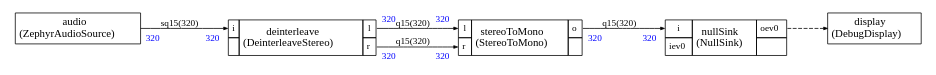
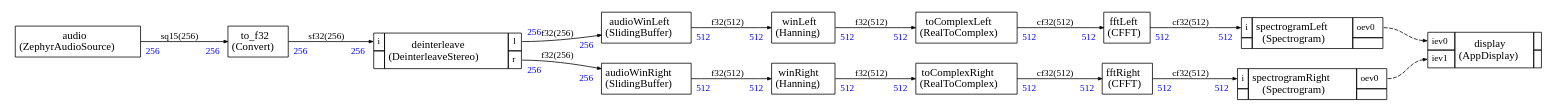
The diagram in src/stream/scheduler/graph.dot (christophe0606/ZephyrAI), drawn with Graphviz before and after one commit. The commit also changed 12 other files, not shown here.

Commit message:
Debug graph with spectrogram display to validate audio input

```diff
--- a/src/stream/scheduler/graph.dot
+++ b/src/stream/scheduler/graph.dot
@@ -18,6 +18,20 @@
   </TR>
 </TABLE>>];
 
+audioWinLeft [label=<
+<TABLE color="black" bgcolor="none" BORDER="0" CELLBORDER="1" CELLSPACING="0" CELLPADDING="4">
+  <TR>
+    <TD ALIGN="CENTER" PORT="i"><FONT COLOR="black" POINT-SIZE="14.0">audioWinLeft<BR/>(SlidingBuffer)</FONT></TD>
+  </TR>
+</TABLE>>];
+
+audioWinRight [label=<
+<TABLE color="black" bgcolor="none" BORDER="0" CELLBORDER="1" CELLSPACING="0" CELLPADDING="4">
+  <TR>
+    <TD ALIGN="CENTER" PORT="i"><FONT COLOR="black" POINT-SIZE="14.0">audioWinRight<BR/>(SlidingBuffer)</FONT></TD>
+  </TR>
+</TABLE>>];
+
 
 deinterleave [label=<
 <TABLE color="black" bgcolor="none" BORDER="0" CELLBORDER="1" CELLSPACING="0" CELLPADDING="4">
@@ -34,16 +48,97 @@
 
 </TABLE>>];
 
+fftLeft [label=<
+<TABLE color="black" bgcolor="none" BORDER="0" CELLBORDER="1" CELLSPACING="0" CELLPADDING="4">
+  <TR>
+    <TD ALIGN="CENTER" PORT="i"><FONT COLOR="black" POINT-SIZE="14.0">fftLeft<BR/>(CFFT)</FONT></TD>
+  </TR>
+</TABLE>>];
 
-nullSink [label=<
+fftRight [label=<
+<TABLE color="black" bgcolor="none" BORDER="0" CELLBORDER="1" CELLSPACING="0" CELLPADDING="4">
+  <TR>
+    <TD ALIGN="CENTER" PORT="i"><FONT COLOR="black" POINT-SIZE="14.0">fftRight<BR/>(CFFT)</FONT></TD>
+  </TR>
+</TABLE>>];
+
+
+spectrogramLeft [label=<
 <TABLE color="black" bgcolor="none" BORDER="0" CELLBORDER="1" CELLSPACING="0" CELLPADDING="4">
   <TR>
     <TD PORT="i"><FONT POINT-SIZE="12.0" COLOR="black">i</FONT></TD>
-    <TD ALIGN="CENTER" ROWSPAN="2"><FONT COLOR="black" POINT-SIZE="14.0">nullSink<BR/>(NullSink)</FONT></TD>
+    <TD ALIGN="CENTER" ROWSPAN="2"><FONT COLOR="black" POINT-SIZE="14.0">spectrogramLeft<BR/>(Spectrogram)</FONT></TD>
     <TD PORT="oev0"><FONT POINT-SIZE="12.0" COLOR="black">oev0</FONT></TD>
   </TR>
 <TR>
-<TD PORT="iev0"><FONT POINT-SIZE="12.0" COLOR="black">iev0</FONT></TD>
+ 
+<TD></TD>
+ 
+<TD></TD></TR>
+
+</TABLE>>];
+
+
+spectrogramRight [label=<
+<TABLE color="black" bgcolor="none" BORDER="0" CELLBORDER="1" CELLSPACING="0" CELLPADDING="4">
+  <TR>
+    <TD PORT="i"><FONT POINT-SIZE="12.0" COLOR="black">i</FONT></TD>
+    <TD ALIGN="CENTER" ROWSPAN="2"><FONT COLOR="black" POINT-SIZE="14.0">spectrogramRight<BR/>(Spectrogram)</FONT></TD>
+    <TD PORT="oev0"><FONT POINT-SIZE="12.0" COLOR="black">oev0</FONT></TD>
+  </TR>
+<TR>
+ 
+<TD></TD>
+ 
+<TD></TD></TR>
+
+</TABLE>>];
+
+toComplexLeft [label=<
+<TABLE color="black" bgcolor="none" BORDER="0" CELLBORDER="1" CELLSPACING="0" CELLPADDING="4">
+  <TR>
+    <TD ALIGN="CENTER" PORT="i"><FONT COLOR="black" POINT-SIZE="14.0">toComplexLeft<BR/>(RealToComplex)</FONT></TD>
+  </TR>
+</TABLE>>];
+
+toComplexRight [label=<
+<TABLE color="black" bgcolor="none" BORDER="0" CELLBORDER="1" CELLSPACING="0" CELLPADDING="4">
+  <TR>
+    <TD ALIGN="CENTER" PORT="i"><FONT COLOR="black" POINT-SIZE="14.0">toComplexRight<BR/>(RealToComplex)</FONT></TD>
+  </TR>
+</TABLE>>];
+
+to_f32 [label=<
+<TABLE color="black" bgcolor="none" BORDER="0" CELLBORDER="1" CELLSPACING="0" CELLPADDING="4">
+  <TR>
+    <TD ALIGN="CENTER" PORT="i"><FONT COLOR="black" POINT-SIZE="14.0">to_f32<BR/>(Convert)</FONT></TD>
+  </TR>
+</TABLE>>];
+
+winLeft [label=<
+<TABLE color="black" bgcolor="none" BORDER="0" CELLBORDER="1" CELLSPACING="0" CELLPADDING="4">
+  <TR>
+    <TD ALIGN="CENTER" PORT="i"><FONT COLOR="black" POINT-SIZE="14.0">winLeft<BR/>(Hanning)</FONT></TD>
+  </TR>
+</TABLE>>];
+
+winRight [label=<
+<TABLE color="black" bgcolor="none" BORDER="0" CELLBORDER="1" CELLSPACING="0" CELLPADDING="4">
+  <TR>
+    <TD ALIGN="CENTER" PORT="i"><FONT COLOR="black" POINT-SIZE="14.0">winRight<BR/>(Hanning)</FONT></TD>
+  </TR>
+</TABLE>>];
+
+
+display [label=<
+<TABLE color="black" bgcolor="none" BORDER="0" CELLBORDER="1" CELLSPACING="0" CELLPADDING="4">
+  <TR>
+    <TD PORT="iev0"><FONT POINT-SIZE="12.0" COLOR="black">iev0</FONT></TD>
+    <TD ALIGN="CENTER" ROWSPAN="2"><FONT COLOR="black" POINT-SIZE="14.0">display<BR/>(AppDisplay)</FONT></TD>
+    <TD></TD>
+  </TR>
+<TR>
+<TD PORT="iev1"><FONT POINT-SIZE="12.0" COLOR="black">iev1</FONT></TD>
 
  
 <TD></TD></TR>
@@ -51,57 +146,85 @@
 </TABLE>>];
 
 
-stereoToMono [label=<
-<TABLE color="black" bgcolor="none" BORDER="0" CELLBORDER="1" CELLSPACING="0" CELLPADDING="4">
-  <TR>
-    <TD PORT="l"><FONT POINT-SIZE="12.0" COLOR="black">l</FONT></TD>
-    <TD ALIGN="CENTER" ROWSPAN="2"><FONT COLOR="black" POINT-SIZE="14.0">stereoToMono<BR/>(StereoToMono)</FONT></TD>
-    <TD PORT="o"><FONT POINT-SIZE="12.0" COLOR="black">o</FONT></TD>
-  </TR>
-<TR>
-<TD PORT="r"><FONT POINT-SIZE="12.0" COLOR="black">r</FONT></TD>
 
- 
-<TD></TD></TR>
-
-</TABLE>>];
-
-display [label=<
-<TABLE color="black" bgcolor="none" BORDER="0" CELLBORDER="1" CELLSPACING="0" CELLPADDING="4">
-  <TR>
-    <TD ALIGN="CENTER" PORT="i"><FONT COLOR="black" POINT-SIZE="14.0">display<BR/>(DebugDisplay)</FONT></TD>
-  </TR>
-</TABLE>>];
-
-
-
-audio:i -> deinterleave:i [style="solid",color="black",fontsize="12.0",fontcolor="black",label=<sq15(320)>
-,headlabel=<<TABLE BORDER="0" CELLPADDING="4"><TR><TD><FONT COLOR="blue" POINT-SIZE="12.0" >320</FONT>
+audio:i -> to_f32:i [style="solid",color="black",fontsize="12.0",fontcolor="black",label=<sq15(256)>
+,headlabel=<<TABLE BORDER="0" CELLPADDING="4"><TR><TD><FONT COLOR="blue" POINT-SIZE="12.0" >256</FONT>
 </TD></TR></TABLE>>
-,taillabel=<<TABLE BORDER="0" CELLPADDING="4"><TR><TD><FONT COLOR="blue" POINT-SIZE="12.0" >320</FONT>
+,taillabel=<<TABLE BORDER="0" CELLPADDING="4"><TR><TD><FONT COLOR="blue" POINT-SIZE="12.0" >256</FONT>
 </TD></TR></TABLE>>]
 
-deinterleave:l -> stereoToMono:l [style="solid",color="black",fontsize="12.0",fontcolor="black",label=<q15(320)>
-,headlabel=<<TABLE BORDER="0" CELLPADDING="4"><TR><TD><FONT COLOR="blue" POINT-SIZE="12.0" >320</FONT>
+to_f32:i -> deinterleave:i [style="solid",color="black",fontsize="12.0",fontcolor="black",label=<sf32(256)>
+,headlabel=<<TABLE BORDER="0" CELLPADDING="4"><TR><TD><FONT COLOR="blue" POINT-SIZE="12.0" >256</FONT>
 </TD></TR></TABLE>>
-,taillabel=<<TABLE BORDER="0" CELLPADDING="4"><TR><TD><FONT COLOR="blue" POINT-SIZE="12.0" >320</FONT>
+,taillabel=<<TABLE BORDER="0" CELLPADDING="4"><TR><TD><FONT COLOR="blue" POINT-SIZE="12.0" >256</FONT>
 </TD></TR></TABLE>>]
 
-deinterleave:r -> stereoToMono:r [style="solid",color="black",fontsize="12.0",fontcolor="black",label=<q15(320)>
-,headlabel=<<TABLE BORDER="0" CELLPADDING="4"><TR><TD><FONT COLOR="blue" POINT-SIZE="12.0" >320</FONT>
+deinterleave:l -> audioWinLeft:i [style="solid",color="black",fontsize="12.0",fontcolor="black",label=<f32(256)>
+,headlabel=<<TABLE BORDER="0" CELLPADDING="4"><TR><TD><FONT COLOR="blue" POINT-SIZE="12.0" >256</FONT>
 </TD></TR></TABLE>>
-,taillabel=<<TABLE BORDER="0" CELLPADDING="4"><TR><TD><FONT COLOR="blue" POINT-SIZE="12.0" >320</FONT>
+,taillabel=<<TABLE BORDER="0" CELLPADDING="4"><TR><TD><FONT COLOR="blue" POINT-SIZE="12.0" >256</FONT>
 </TD></TR></TABLE>>]
 
-stereoToMono:o -> nullSink:i [style="solid",color="black",fontsize="12.0",fontcolor="black",label=<q15(320)>
-,headlabel=<<TABLE BORDER="0" CELLPADDING="4"><TR><TD><FONT COLOR="blue" POINT-SIZE="12.0" >320</FONT>
+deinterleave:r -> audioWinRight:i [style="solid",color="black",fontsize="12.0",fontcolor="black",label=<f32(256)>
+,headlabel=<<TABLE BORDER="0" CELLPADDING="4"><TR><TD><FONT COLOR="blue" POINT-SIZE="12.0" >256</FONT>
 </TD></TR></TABLE>>
-,taillabel=<<TABLE BORDER="0" CELLPADDING="4"><TR><TD><FONT COLOR="blue" POINT-SIZE="12.0" >320</FONT>
+,taillabel=<<TABLE BORDER="0" CELLPADDING="4"><TR><TD><FONT COLOR="blue" POINT-SIZE="12.0" >256</FONT>
+</TD></TR></TABLE>>]
+
+audioWinLeft:i -> winLeft:i [style="solid",color="black",fontsize="12.0",fontcolor="black",label=<f32(512)>
+,headlabel=<<TABLE BORDER="0" CELLPADDING="4"><TR><TD><FONT COLOR="blue" POINT-SIZE="12.0" >512</FONT>
+</TD></TR></TABLE>>
+,taillabel=<<TABLE BORDER="0" CELLPADDING="4"><TR><TD><FONT COLOR="blue" POINT-SIZE="12.0" >512</FONT>
+</TD></TR></TABLE>>]
+
+audioWinRight:i -> winRight:i [style="solid",color="black",fontsize="12.0",fontcolor="black",label=<f32(512)>
+,headlabel=<<TABLE BORDER="0" CELLPADDING="4"><TR><TD><FONT COLOR="blue" POINT-SIZE="12.0" >512</FONT>
+</TD></TR></TABLE>>
+,taillabel=<<TABLE BORDER="0" CELLPADDING="4"><TR><TD><FONT COLOR="blue" POINT-SIZE="12.0" >512</FONT>
+</TD></TR></TABLE>>]
+
+winLeft:i -> toComplexLeft:i [style="solid",color="black",fontsize="12.0",fontcolor="black",label=<f32(512)>
+,headlabel=<<TABLE BORDER="0" CELLPADDING="4"><TR><TD><FONT COLOR="blue" POINT-SIZE="12.0" >512</FONT>
+</TD></TR></TABLE>>
+,taillabel=<<TABLE BORDER="0" CELLPADDING="4"><TR><TD><FONT COLOR="blue" POINT-SIZE="12.0" >512</FONT>
+</TD></TR></TABLE>>]
+
+winRight:i -> toComplexRight:i [style="solid",color="black",fontsize="12.0",fontcolor="black",label=<f32(512)>
+,headlabel=<<TABLE BORDER="0" CELLPADDING="4"><TR><TD><FONT COLOR="blue" POINT-SIZE="12.0" >512</FONT>
+</TD></TR></TABLE>>
+,taillabel=<<TABLE BORDER="0" CELLPADDING="4"><TR><TD><FONT COLOR="blue" POINT-SIZE="12.0" >512</FONT>
+</TD></TR></TABLE>>]
+
+toComplexLeft:i -> fftLeft:i [style="solid",color="black",fontsize="12.0",fontcolor="black",label=<cf32(512)>
+,headlabel=<<TABLE BORDER="0" CELLPADDING="4"><TR><TD><FONT COLOR="blue" POINT-SIZE="12.0" >512</FONT>
+</TD></TR></TABLE>>
+,taillabel=<<TABLE BORDER="0" CELLPADDING="4"><TR><TD><FONT COLOR="blue" POINT-SIZE="12.0" >512</FONT>
+</TD></TR></TABLE>>]
+
+toComplexRight:i -> fftRight:i [style="solid",color="black",fontsize="12.0",fontcolor="black",label=<cf32(512)>
+,headlabel=<<TABLE BORDER="0" CELLPADDING="4"><TR><TD><FONT COLOR="blue" POINT-SIZE="12.0" >512</FONT>
+</TD></TR></TABLE>>
+,taillabel=<<TABLE BORDER="0" CELLPADDING="4"><TR><TD><FONT COLOR="blue" POINT-SIZE="12.0" >512</FONT>
+</TD></TR></TABLE>>]
+
+fftLeft:i -> spectrogramLeft:i [style="solid",color="black",fontsize="12.0",fontcolor="black",label=<cf32(512)>
+,headlabel=<<TABLE BORDER="0" CELLPADDING="4"><TR><TD><FONT COLOR="blue" POINT-SIZE="12.0" >512</FONT>
+</TD></TR></TABLE>>
+,taillabel=<<TABLE BORDER="0" CELLPADDING="4"><TR><TD><FONT COLOR="blue" POINT-SIZE="12.0" >512</FONT>
+</TD></TR></TABLE>>]
+
+fftRight:i -> spectrogramRight:i [style="solid",color="black",fontsize="12.0",fontcolor="black",label=<cf32(512)>
+,headlabel=<<TABLE BORDER="0" CELLPADDING="4"><TR><TD><FONT COLOR="blue" POINT-SIZE="12.0" >512</FONT>
+</TD></TR></TABLE>>
+,taillabel=<<TABLE BORDER="0" CELLPADDING="4"><TR><TD><FONT COLOR="blue" POINT-SIZE="12.0" >512</FONT>
 </TD></TR></TABLE>>]
 
 
 
-nullSink:oev0 -> display:i [style="dashed",color="black",fontsize="12.0",fontcolor="black",label=<>
+spectrogramLeft:oev0 -> display:iev0 [style="dashed",color="black",fontsize="12.0",fontcolor="black",label=<>
+
+]
+spectrogramRight:oev0 -> display:iev1 [style="dashed",color="black",fontsize="12.0",fontcolor="black",label=<>
 
 ]
 
```
